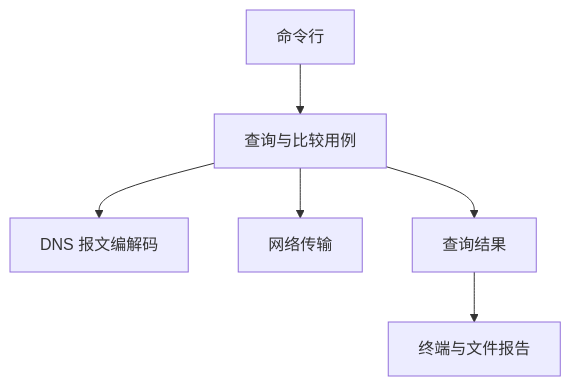
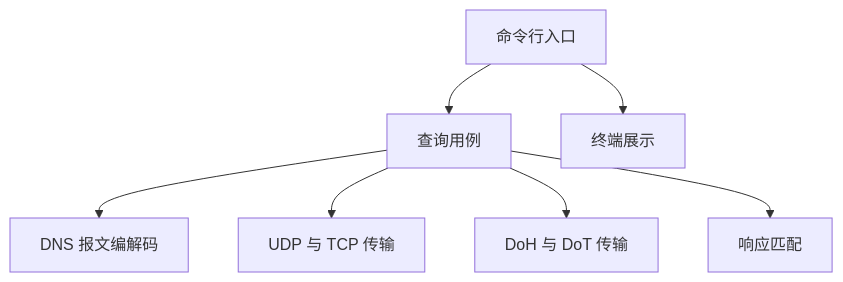
Before and after one commit to fzgma/DNSLab: the diagram in docs/architecture.md, drawn with Mermaid. The commit also changed other lines of this file and 12 other files, not shown here.

````diff
--- a/docs/architecture.md
+++ b/docs/architecture.md
@@ -7,8 +7,9 @@
 ```mermaid
 flowchart TD
-    CLI[命令行] --> App[查询与比较用例]
+    Main[命令行入口] --> App[查询用例]
+    Main --> Output[终端展示]
     App --> Codec[DNS 报文编解码]
-    App --> Net[网络传输]
-    App --> Result[查询结果]
-    Result --> Reporter[终端与文件报告]
+    App --> Plain[UDP 与 TCP 传输]
+    App --> Secure[DoH 与 DoT 传输]
+    App --> Match[响应匹配]
 ```
````
